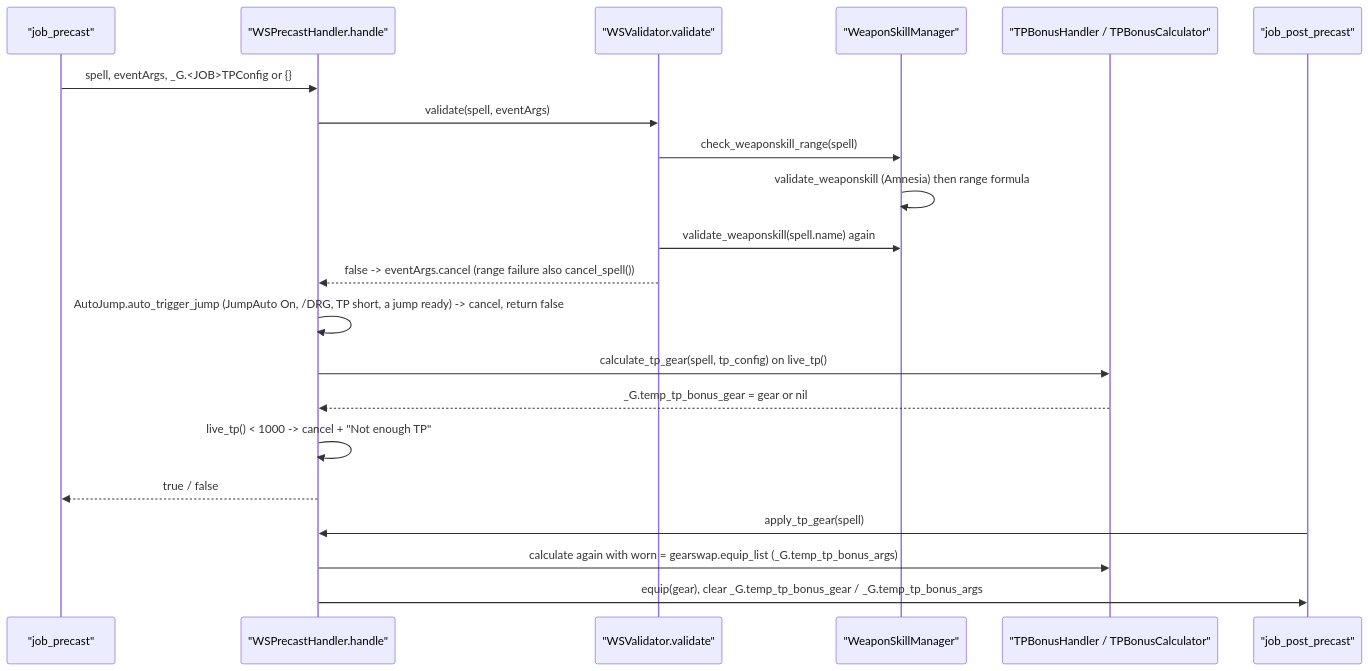
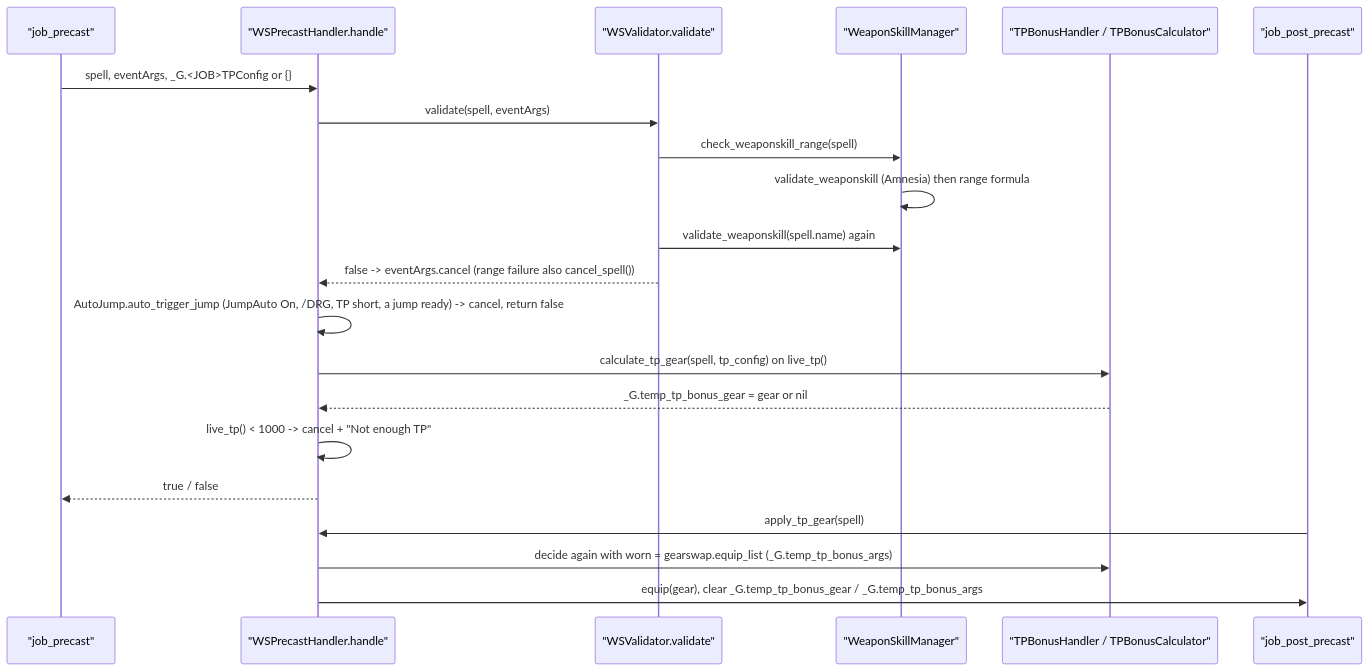
The third of 3 diagrams in docs/dev/systems/precast-pipeline.md (ejouanchicot/Gearswap), drawn with Mermaid before and after one commit. The commit also changed other lines of this file and 45 other files, not shown here.

````diff
--- a/docs/dev/systems/precast-pipeline.md
+++ b/docs/dev/systems/precast-pipeline.md
@@ -433,23 +435,23 @@
 ```mermaid
 sequenceDiagram
     participant J as "job_precast"
     participant H as "WSPrecastHandler.handle"
     participant V as "WSValidator.validate"
     participant M as "WeaponSkillManager"
     participant T as "TPBonusHandler / TPBonusCalculator"
     participant P as "job_post_precast"
     J->>H: spell, eventArgs, _G.<JOB>TPConfig or {}
     H->>V: validate(spell, eventArgs)
     V->>M: check_weaponskill_range(spell)
     M->>M: validate_weaponskill (Amnesia) then range formula
     V->>M: validate_weaponskill(spell.name) again
     V-->>H: false -> eventArgs.cancel (range failure also cancel_spell())
     H->>H: AutoJump.auto_trigger_jump (JumpAuto On, /DRG, TP short, a jump ready) -> cancel, return false
     H->>T: calculate_tp_gear(spell, tp_config) on live_tp()
     T-->>H: _G.temp_tp_bonus_gear = gear or nil
     H->>H: live_tp() < 1000 -> cancel + "Not enough TP"
     H-->>J: true / false
     P->>H: apply_tp_gear(spell)
-    H->>T: calculate again with worn = gearswap.equip_list (_G.temp_tp_bonus_args)
+    H->>T: decide again with worn = gearswap.equip_list (_G.temp_tp_bonus_args)
     H->>P: equip(gear), clear _G.temp_tp_bonus_gear / _G.temp_tp_bonus_args
 ```
````
